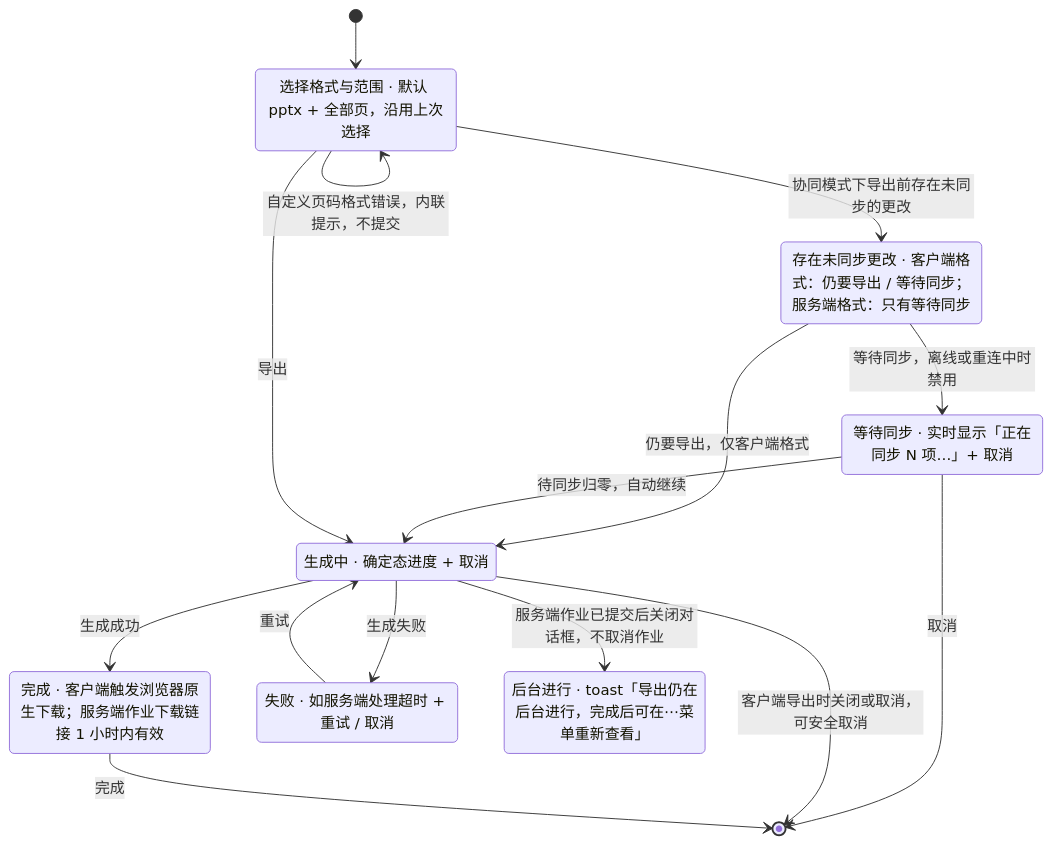
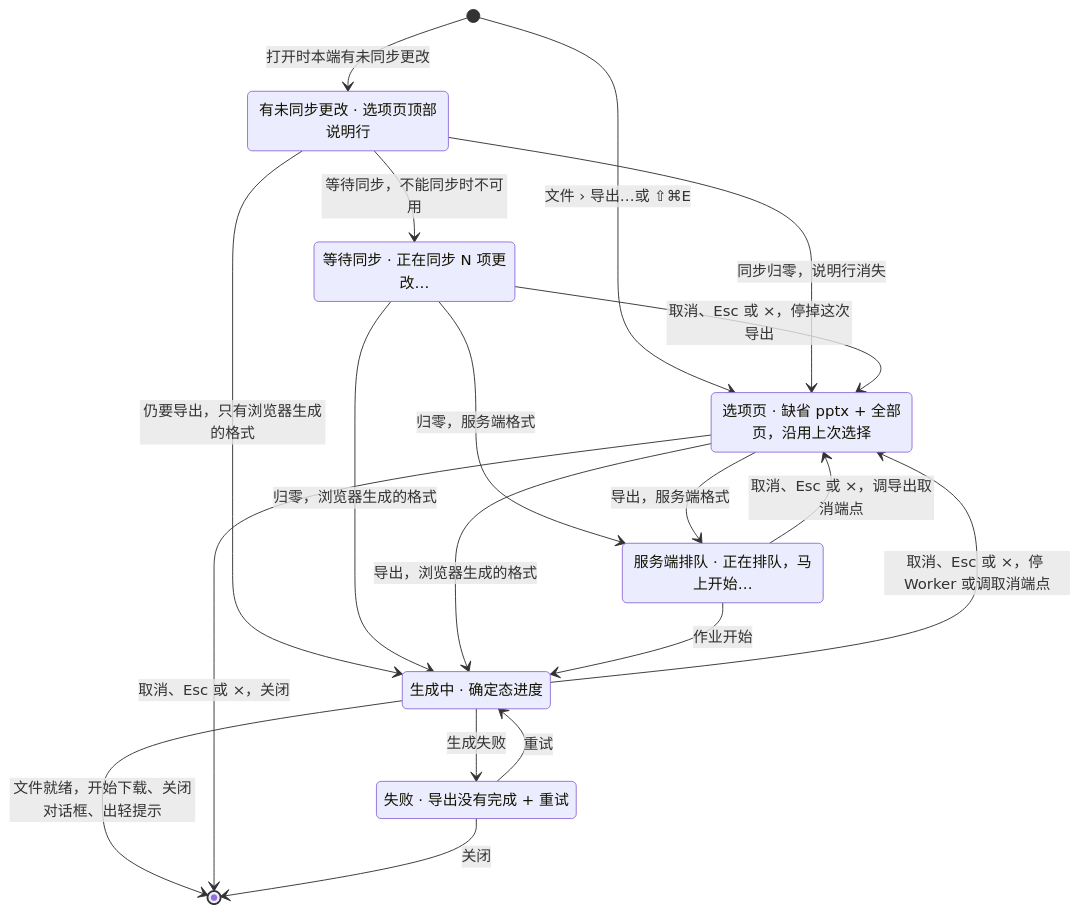
One commit to Xeonice/cordis-ppt-editor changed the diagram in docs/20-design/03-screens/22-export-dialog.md. Above: the diagram before and after it, drawn with Mermaid. The commit also changed other lines of this file and 44 other files, not shown here.

````diff
--- a/docs/20-design/03-screens/22-export-dialog.md
+++ b/docs/20-design/03-screens/22-export-dialog.md
@@ -93,24 +177,27 @@
 ```mermaid
 stateDiagram-v2
-  state "选择格式与范围 · 默认 pptx + 全部页，沿用上次选择" as config
-  state "存在未同步更改 · 客户端格式：仍要导出 / 等待同步；服务端格式：只有等待同步" as unsynced
-  state "等待同步 · 实时显示「正在同步 N 项…」+ 取消" as waiting
-  state "生成中 · 确定态进度 + 取消" as generating
-  state "完成 · 客户端触发浏览器原生下载；服务端作业下载链接 1 小时内有效" as done
-  state "失败 · 如服务端处理超时 + 重试 / 取消" as failed
-  state "后台进行 · toast「导出仍在后台进行，完成后可在⋯菜单重新查看」" as background
-  [*] --> config
-  config --> config : 自定义页码格式错误，内联提示，不提交
-  config --> unsynced : 协同模式下导出前存在未同步的更改
-  unsynced --> generating : 仍要导出，仅客户端格式
-  unsynced --> waiting : 等待同步，离线或重连中时禁用
-  waiting --> generating : 待同步归零，自动继续
-  waiting --> [*] : 取消
-  config --> generating : 导出
-  generating --> done : 生成成功
+  state "选项页 · 缺省 pptx + 全部页，沿用上次选择" as options
+  state "有未同步更改 · 选项页顶部说明行" as unsynced
+  state "等待同步 · 正在同步 N 项更改…" as waiting
+  state "服务端排队 · 正在排队，马上开始…" as queued
+  state "生成中 · 确定态进度" as generating
+  state "失败 · 导出没有完成 + 重试" as failed
+  [*] --> options : 文件 › 导出…或 ⇧⌘E
+  [*] --> unsynced : 打开时本端有未同步更改
+  unsynced --> generating : 仍要导出，只有浏览器生成的格式
+  unsynced --> waiting : 等待同步，不能同步时不可用
+  unsynced --> options : 同步归零，说明行消失
+  waiting --> queued : 归零，服务端格式
+  waiting --> generating : 归零，浏览器生成的格式
+  options --> queued : 导出，服务端格式
+  options --> generating : 导出，浏览器生成的格式
+  queued --> generating : 作业开始
   generating --> failed : 生成失败
   failed --> generating : 重试
-  generating --> [*] : 客户端导出时关闭或取消，可安全取消
-  generating --> background : 服务端作业已提交后关闭对话框，不取消作业
-  done --> [*] : 完成
+  waiting --> options : 取消、Esc 或 ×，停掉这次导出
+  queued --> options : 取消、Esc 或 ×，调导出取消端点
+  generating --> options : 取消、Esc 或 ×，停 Worker 或调取消端点
+  generating --> [*] : 文件就绪，开始下载、关闭对话框、出轻提示
+  options --> [*] : 取消、Esc 或 ×，关闭
+  failed --> [*] : 关闭
 ```
````
